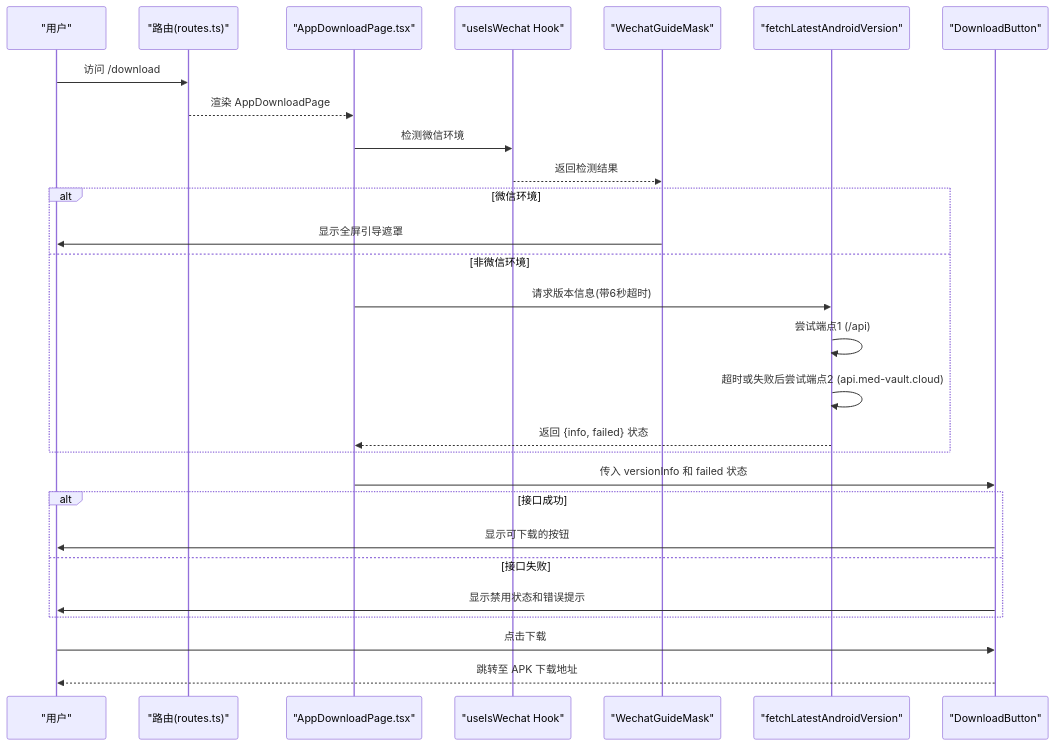
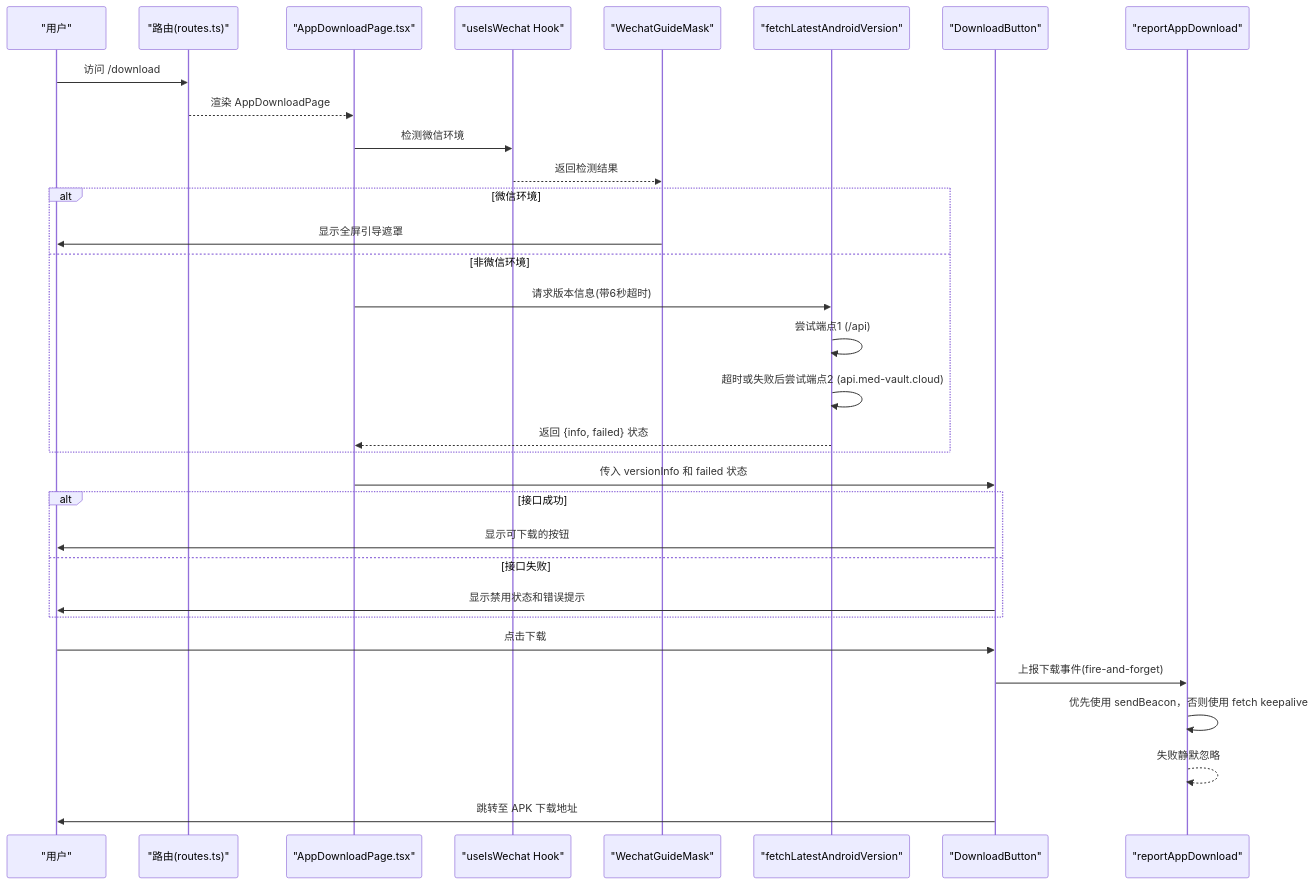
One commit to BlackWhiteBlock/med-vault-website changed the second of 9 diagrams in .qoder/repowiki/zh/content/架构设计/组件架构设计/页面组件/应用下载落地页.md. Above: the diagram before and after it, drawn with Mermaid. The commit also changed other lines of this file and 2 other files, not shown here.

````diff
--- a/.qoder/repowiki/zh/content/架构设计/组件架构设计/页面组件/应用下载落地页.md
+++ b/.qoder/repowiki/zh/content/架构设计/组件架构设计/页面组件/应用下载落地页.md
@@ -120,30 +136,34 @@
 ```mermaid
 sequenceDiagram
 participant U as "用户"
 participant R as "路由(routes.ts)"
 participant P as "AppDownloadPage.tsx"
 participant W as "useIsWechat Hook"
 participant M as "WechatGuideMask"
 participant V as "fetchLatestAndroidVersion"
-participant B as "DownloadButton"
+participant D as "DownloadButton"
+participant E as "reportAppDownload"
 U->>R : 访问 /download
 R-->>P : 渲染 AppDownloadPage
 P->>W : 检测微信环境
 W-->>M : 返回检测结果
 alt 微信环境
 M->>U : 显示全屏引导遮罩
 else 非微信环境
 P->>V : 请求版本信息(带6秒超时)
 V->>V : 尝试端点1 (/api)
 V->>V : 超时或失败后尝试端点2 (api.med-vault.cloud)
 V-->>P : 返回 {info, failed} 状态
 end
-P->>B : 传入 versionInfo 和 failed 状态
+P->>D : 传入 versionInfo 和 failed 状态
 alt 接口成功
-B->>U : 显示可下载的按钮
+D->>U : 显示可下载的按钮
 else 接口失败
-B->>U : 显示禁用状态和错误提示
+D->>U : 显示禁用状态和错误提示
 end
-U->>B : 点击下载
-B-->>U : 跳转至 APK 下载地址
+U->>D : 点击下载
+D->>E : 上报下载事件(fire-and-forget)
+E->>E : 优先使用 sendBeacon，否则使用 fetch keepalive
+E-->>E : 失败静默忽略
+D->>U : 跳转至 APK 下载地址
 ```
````
